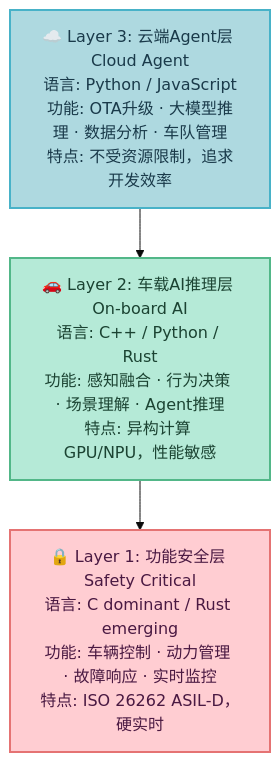
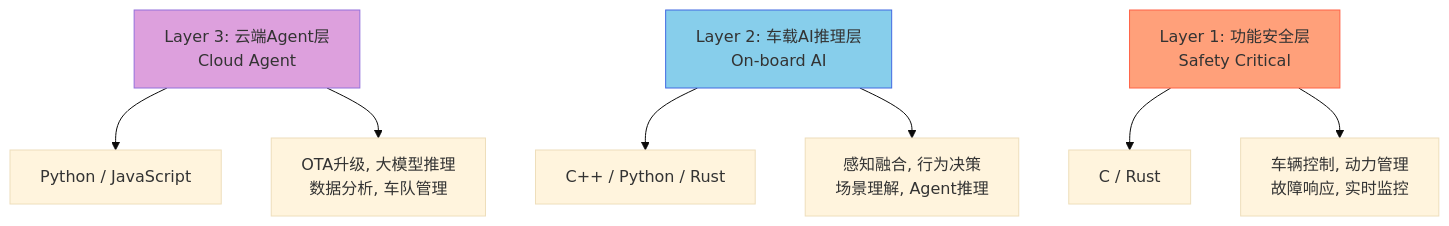
Before and after one commit to xuqi2024/xuqi2024.github.io: the second of 4 diagrams in source/_posts/2026-04-15-automotive-soc-agent-language-analysis.md, drawn with Mermaid (base theme). The commit also changed other lines of this file, not shown here.

Commit message:
更新: 汽车SOC文章改用Mermaid图表

````diff
--- a/source/_posts/2026-04-15-automotive-soc-agent-language-analysis.md
+++ b/source/_posts/2026-04-15-automotive-soc-agent-language-analysis.md
@@ -135,12 +139,19 @@
 ```mermaid
 graph TB
-    L3["☁️ Layer 3: 云端Agent层 Cloud Agent<br/>语言: Python / JavaScript<br/>功能: OTA升级 · 大模型推理 · 数据分析 · 车队管理<br/>特点: 不受资源限制，追求开发效率"]
-    L2["🚗 Layer 2: 车载AI推理层 On-board AI<br/>语言: C++ / Python / Rust<br/>功能: 感知融合 · 行为决策 · 场景理解 · Agent推理<br/>特点: 异构计算 GPU/NPU，性能敏感"]
-    L1["🔒 Layer 1: 功能安全层 Safety Critical<br/>语言: C dominant / Rust emerging<br/>功能: 车辆控制 · 动力管理 · 故障响应 · 实时监控<br/>特点: ISO 26262 ASIL-D，硬实时"]
-
-    L3 --> L2 --> L1
-
-    style L3 fill:#AED9E0,color:#1A3A4A,stroke:#48B2C8,stroke-width:2px
-    style L2 fill:#B5EAD7,color:#1B4332,stroke:#52B788,stroke-width:2px
-    style L1 fill:#FFCDD2,color:#4A1942,stroke:#E57373,stroke-width:2px
+    L3["Layer 3: 云端Agent层<br/>Cloud Agent"]
+    L2["Layer 2: 车载AI推理层<br/>On-board AI"]
+    L1["Layer 1: 功能安全层<br/>Safety Critical"]
+    
+    L3 --> L3_Lang["Python / JavaScript"]
+    L3 --> L3_Feat["OTA升级, 大模型推理<br/>数据分析, 车队管理"]
+    
+    L2 --> L2_Lang["C++ / Python / Rust"]
+    L2 --> L2_Feat["感知融合, 行为决策<br/>场景理解, Agent推理"]
+    
+    L1 --> L1_Lang["C / Rust"]
+    L1 --> L1_Feat["车辆控制, 动力管理<br/>故障响应, 实时监控"]
+    
+    style L3 fill:#DDA0DD,stroke:#9370DB
+    style L2 fill:#87CEEB,stroke:#4169E1
+    style L1 fill:#FFA07A,stroke:#FF6347
 ```
````
